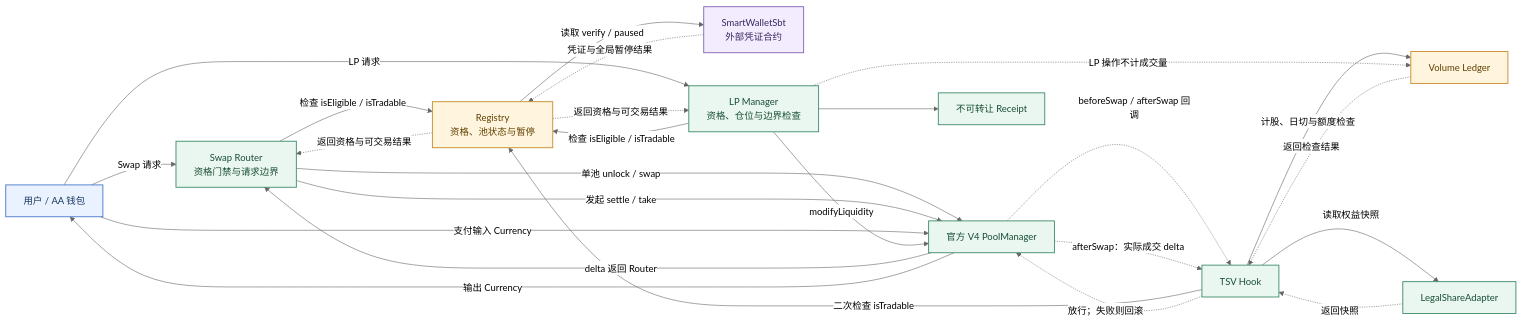
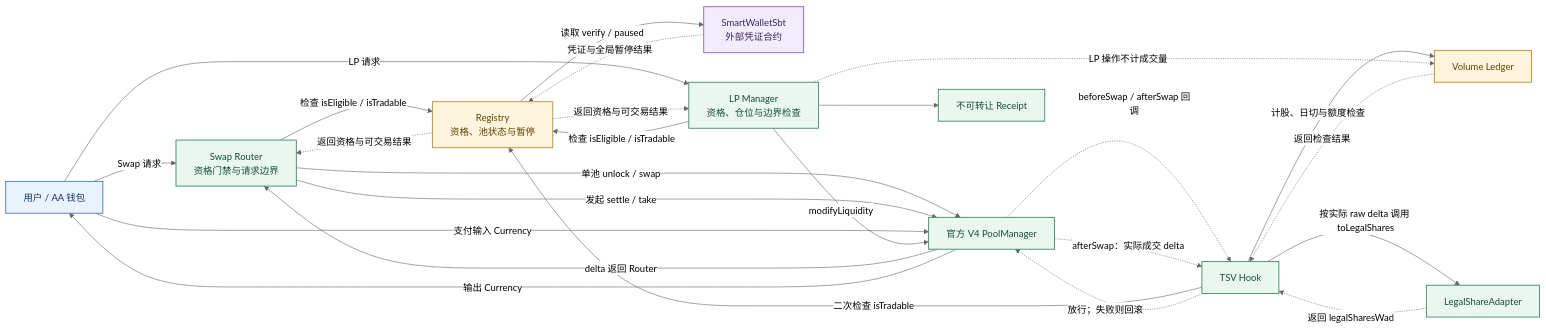
Before and after one commit to okx/tsv: the second of 10 diagrams in docs/SYSTEMS_OVERVIEW.md, drawn with Mermaid (neutral theme). The commit also changed other lines of this file and 18 other files, not shown here.

Commit message:
refactor: keep direct Backed share adapter

````diff
--- a/docs/SYSTEMS_OVERVIEW.md
+++ b/docs/SYSTEMS_OVERVIEW.md
@@ -45,39 +45,39 @@
 ```mermaid
 flowchart LR
   U["用户 / AA 钱包"] -->|"Swap 请求"| R["Swap Router<br/>资格门禁与请求边界"]
   R -->|"检查 isEligible / isTradable"| RG["Registry<br/>资格、池状态与暂停"]
   RG -. "返回资格与可交易结果" .-> R
   RG -->|"读取 verify / paused"| SBT["SmartWalletSbt<br/>外部凭证合约"]
   SBT -. "凭证与全局暂停结果" .-> RG
   R -->|"单池 unlock / swap"| PM["官方 V4 PoolManager"]
   PM -. "beforeSwap / afterSwap 回调" .-> H["TSV Hook"]
   H -->|"二次检查 isTradable"| RG
-  H -->|"读取权益快照"| A["LegalShareAdapter"]
-  A -. "返回快照" .-> H
   PM -. "afterSwap：实际成交 delta" .-> H
+  H -->|"按实际 raw delta 调用 toLegalShares"| A["LegalShareAdapter"]
+  A -. "返回 legalSharesWad" .-> H
   H -->|"计股、日切与额度检查"| VL["Volume Ledger"]
   VL -. "返回检查结果" .-> H
   H -. "放行；失败则回滚" .-> PM
   PM -->|"delta 返回 Router"| R
   R -->|"发起 settle / take"| PM
   U -->|"支付输入 Currency"| PM
   PM -->|"输出 Currency"| U
 
   U -->|"LP 请求"| LP["LP Manager<br/>资格、仓位与边界检查"]
   LP -->|"检查 isEligible / isTradable"| RG
   RG -. "返回资格与可交易结果" .-> LP
   LP -->|"modifyLiquidity"| PM
   LP --> RC["不可转让 Receipt"]
   LP -. "LP 操作不计成交量" .-> VL
 
   style U fill:#EAF2FF,stroke:#4778C7,color:#17365D,stroke-width:1.5px
   style R fill:#EAF7F0,stroke:#3B8A68,color:#194D36,stroke-width:1.5px
   style PM fill:#EAF7F0,stroke:#3B8A68,color:#194D36,stroke-width:1.5px
   style H fill:#EAF7F0,stroke:#3B8A68,color:#194D36,stroke-width:1.5px
   style A fill:#EAF7F0,stroke:#3B8A68,color:#194D36,stroke-width:1.5px
   style LP fill:#EAF7F0,stroke:#3B8A68,color:#194D36,stroke-width:1.5px
   style RC fill:#EAF7F0,stroke:#3B8A68,color:#194D36,stroke-width:1.5px
   style RG fill:#FFF4DE,stroke:#C58B24,color:#624300,stroke-width:1.5px
   style VL fill:#FFF4DE,stroke:#C58B24,color:#624300,stroke-width:1.5px
   style SBT fill:#F3ECFF,stroke:#8061B2,color:#39275D,stroke-width:1.5px
 ```
````
